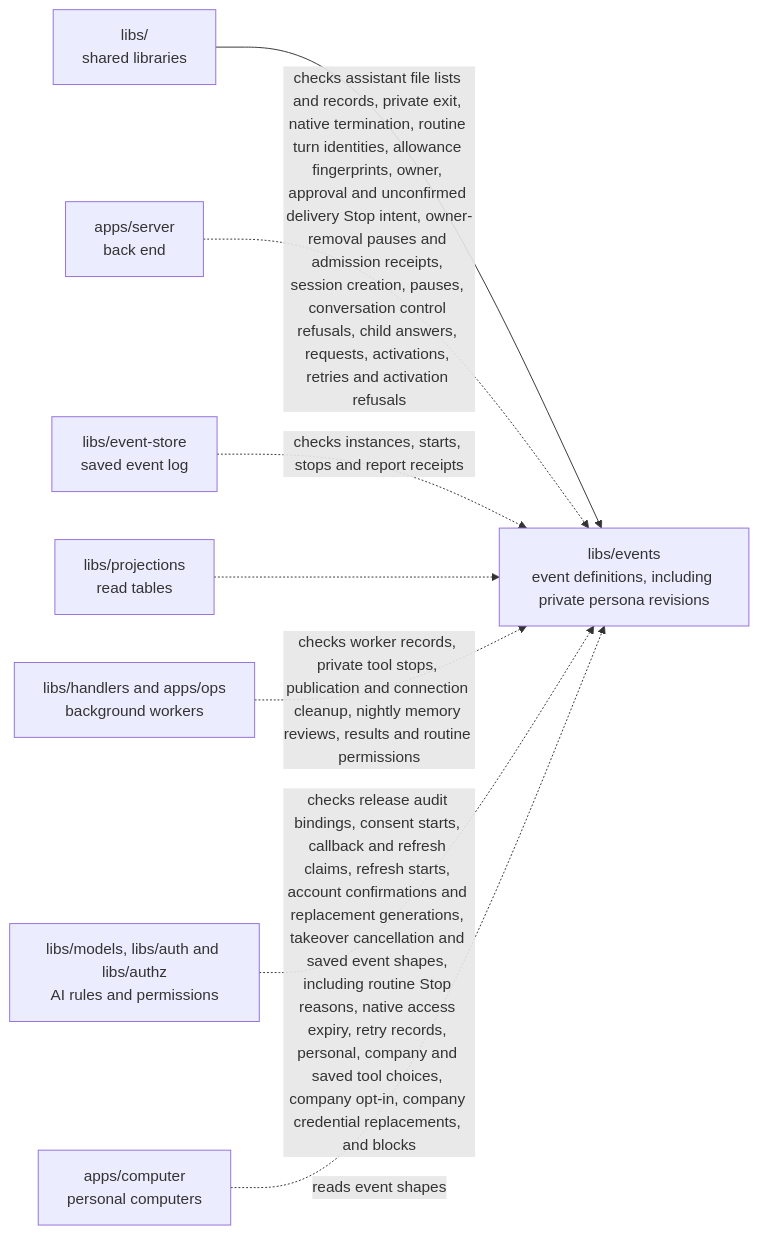
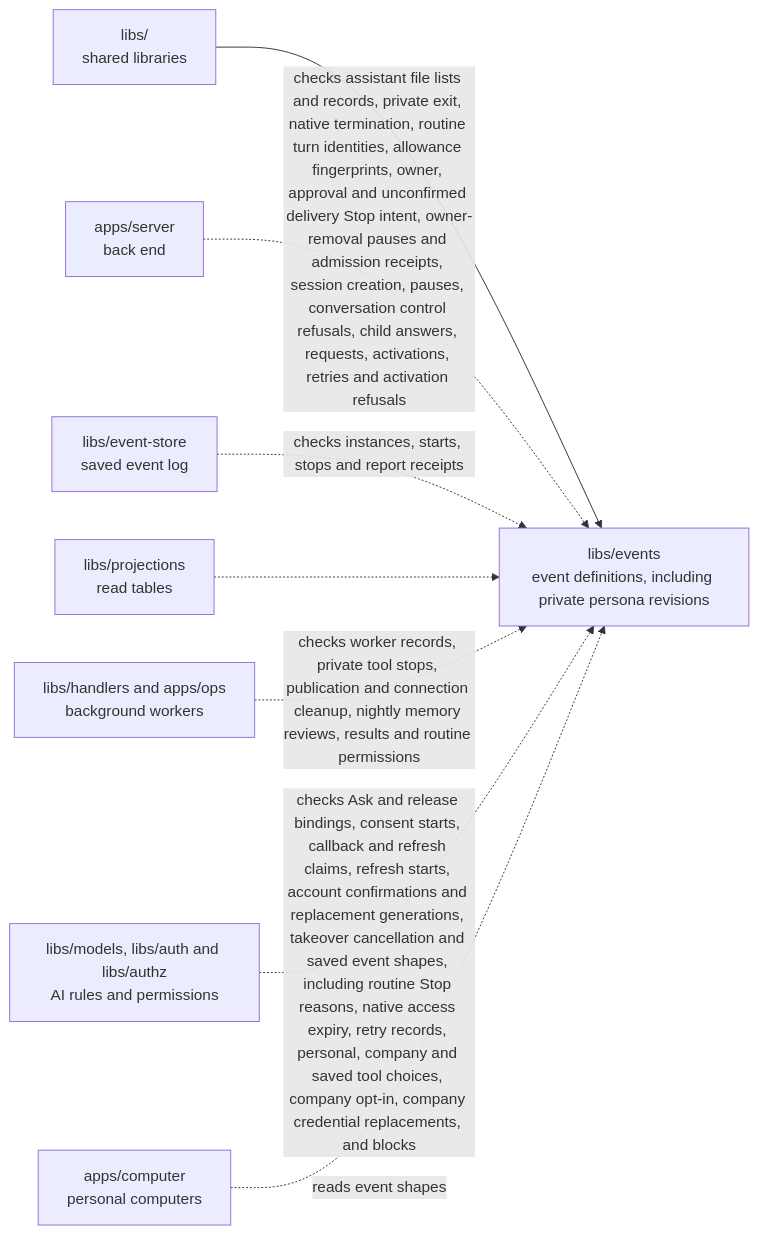
One commit to elewa-git/opencrane-new changed the diagram in libs/events/README.md. Above: the diagram before and after it, drawn with Mermaid. The commit also changed other lines of this file and 13 other files, not shown here.

Commit message:
🔒 Bind company routine release to the owner Ask

````diff
--- a/libs/events/README.md
+++ b/libs/events/README.md
@@ -53,10 +55,10 @@
 ```mermaid
 flowchart LR
   parent["libs/<br/>shared libraries"] --> events["libs/events<br/>event definitions, including private persona revisions"]
   server["apps/server<br/>back end"] -.->|checks assistant file lists and records, private exit, native termination, routine turn identities, allowance fingerprints, owner, approval and unconfirmed delivery Stop intent, owner-removal pauses and admission receipts, session creation, pauses, conversation control refusals, child answers, requests, activations, retries and activation refusals| events
   store["libs/event-store<br/>saved event log"] -.->|checks instances, starts, stops and report receipts| events
   projections["libs/projections<br/>read tables"] -.-> events
   workers["libs/handlers and apps/ops<br/>background workers"] -.->|checks worker records, private tool stops, publication and connection cleanup, nightly memory reviews, results and routine permissions| events
-  models["libs/models, libs/auth and libs/authz<br/>AI rules and permissions"] -.->|checks release audit bindings, consent starts, callback and refresh claims, refresh starts, account confirmations and replacement generations, takeover cancellation and saved event shapes, including routine Stop reasons, native access expiry, retry records, personal, company and saved tool choices, company opt-in, company credential replacements, and blocks| events
+  models["libs/models, libs/auth and libs/authz<br/>AI rules and permissions"] -.->|checks Ask and release bindings, consent starts, callback and refresh claims, refresh starts, account confirmations and replacement generations, takeover cancellation and saved event shapes, including routine Stop reasons, native access expiry, retry records, personal, company and saved tool choices, company opt-in, company credential replacements, and blocks| events
   computer["apps/computer<br/>personal computers"] -.->|reads event shapes| events
 ```
````
